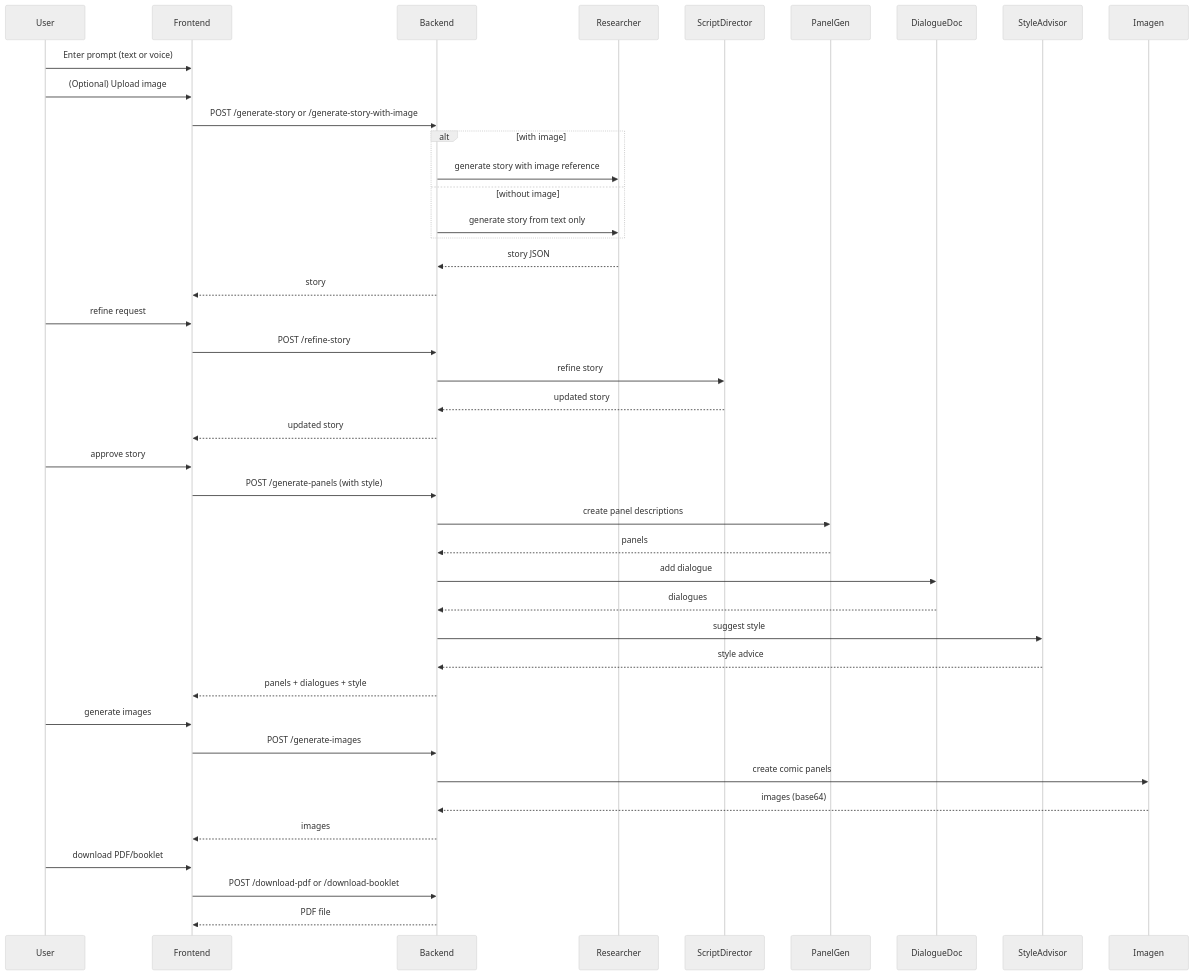
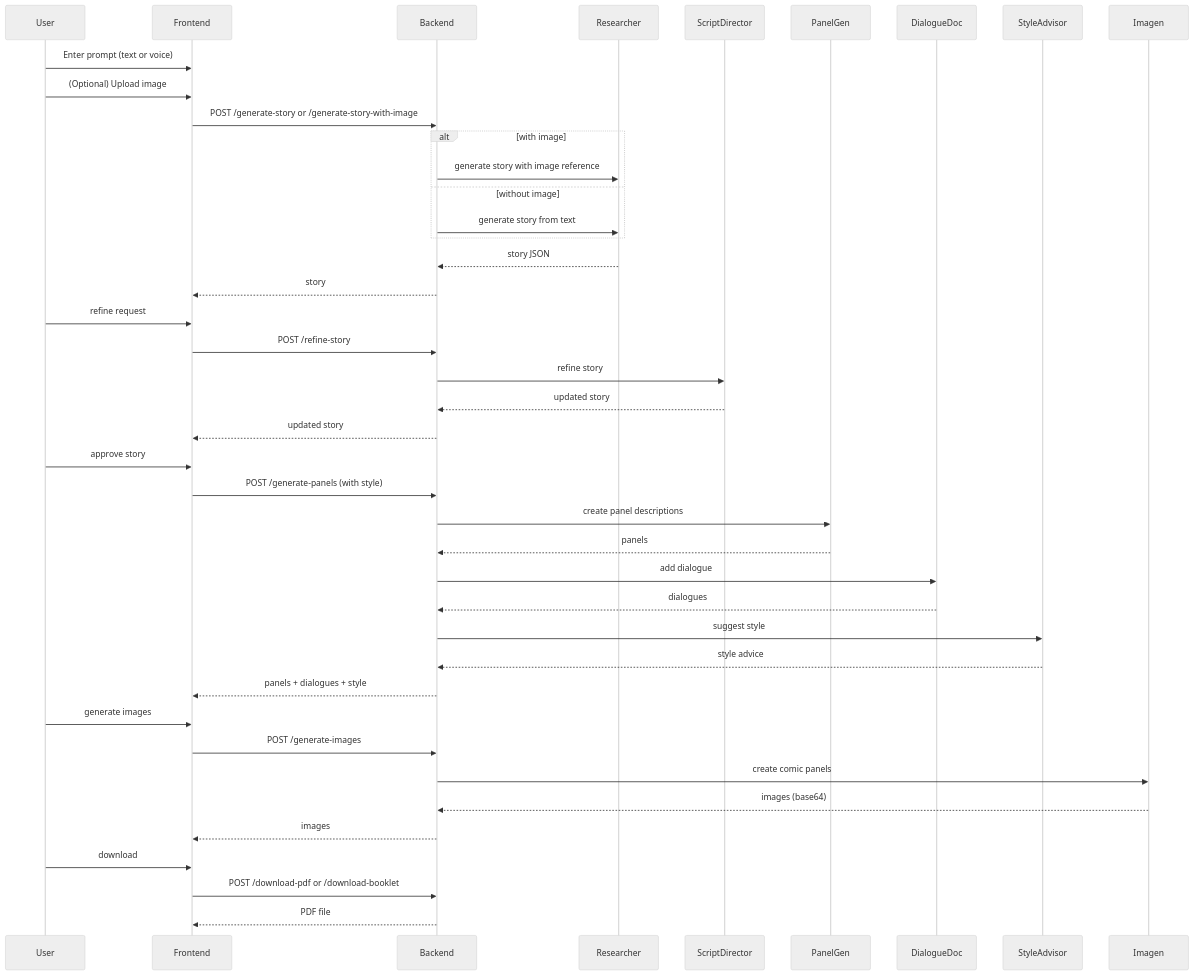
One commit to RobinaMirbahar/Comic-Studio-Ai changed the second of 3 diagrams in docs/architecture.md. Above: the diagram before and after it, drawn with Mermaid (neutral theme). The commit also changed other lines of this file, not shown here.

````diff
--- a/docs/architecture.md
+++ b/docs/architecture.md
@@ -119,49 +94,49 @@
 ```mermaid
 sequenceDiagram
     participant User
     participant Frontend
     participant Backend
     participant Researcher
     participant ScriptDirector
     participant PanelGen
     participant DialogueDoc
     participant StyleAdvisor
     participant Imagen
 
     User->>Frontend: Enter prompt (text or voice)
     User->>Frontend: (Optional) Upload image
     Frontend->>Backend: POST /generate-story or /generate-story-with-image
     alt with image
         Backend->>Researcher: generate story with image reference
     else without image
-        Backend->>Researcher: generate story from text only
+        Backend->>Researcher: generate story from text
     end
     Researcher-->>Backend: story JSON
     Backend-->>Frontend: story
 
     User->>Frontend: refine request
     Frontend->>Backend: POST /refine-story
     Backend->>ScriptDirector: refine story
     ScriptDirector-->>Backend: updated story
     Backend-->>Frontend: updated story
 
     User->>Frontend: approve story
     Frontend->>Backend: POST /generate-panels (with style)
     Backend->>PanelGen: create panel descriptions
     PanelGen-->>Backend: panels
     Backend->>DialogueDoc: add dialogue
     DialogueDoc-->>Backend: dialogues
     Backend->>StyleAdvisor: suggest style
     StyleAdvisor-->>Backend: style advice
     Backend-->>Frontend: panels + dialogues + style
 
     User->>Frontend: generate images
     Frontend->>Backend: POST /generate-images
     Backend->>Imagen: create comic panels
     Imagen-->>Backend: images (base64)
     Backend-->>Frontend: images
 
-    User->>Frontend: download PDF/booklet
+    User->>Frontend: download
     Frontend->>Backend: POST /download-pdf or /download-booklet
     Backend-->>Frontend: PDF file
 ```
````
